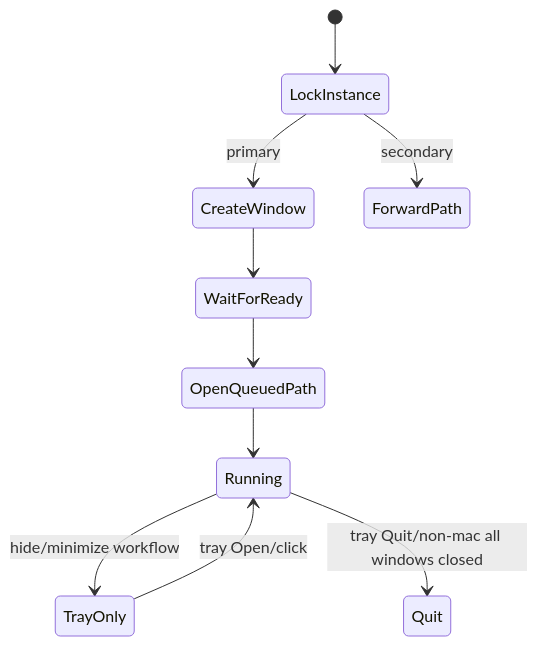
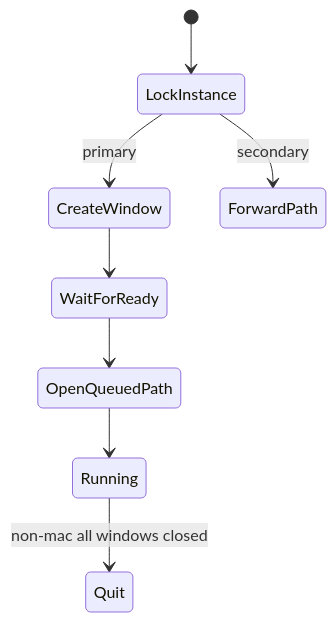
Before and after one commit to the-long-ride/markdown-explorer: the diagram in docs/instructions/04-runtimes/01-electron-desktop.md, drawn with Mermaid. The commit also changed other lines of this file and 542 other files, not shown here.

````diff
--- a/docs/instructions/04-runtimes/01-electron-desktop.md
+++ b/docs/instructions/04-runtimes/01-electron-desktop.md
@@ -61,12 +59,10 @@
 ```mermaid
 stateDiagram-v2
     [*] --> LockInstance
     LockInstance --> CreateWindow: primary
     LockInstance --> ForwardPath: secondary
     CreateWindow --> WaitForReady
     WaitForReady --> OpenQueuedPath
     OpenQueuedPath --> Running
-    Running --> TrayOnly: hide/minimize workflow
-    TrayOnly --> Running: tray Open/click
-    Running --> Quit: tray Quit/non-mac all windows closed
+    Running --> Quit: non-mac all windows closed
 ```
````
